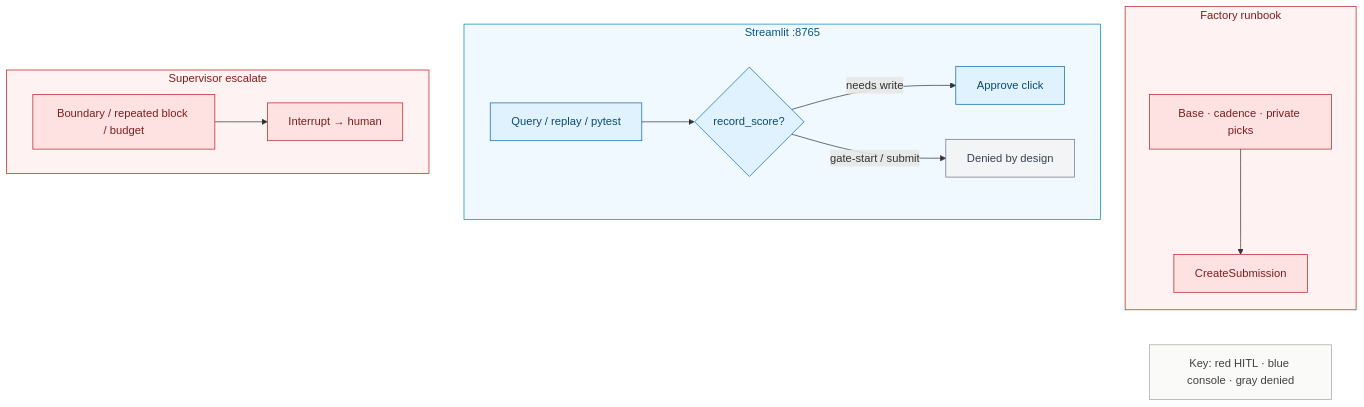
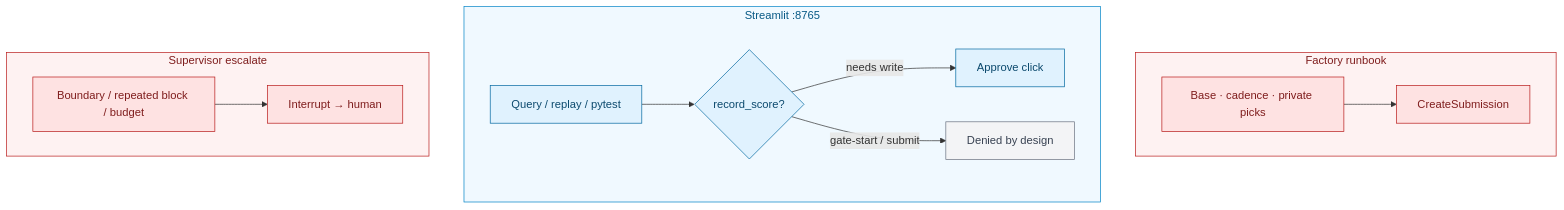
Before and after one commit to khaosans/noisegate-gemma4-factory: the second of 2 diagrams in docs/wiki/Requirements-Compliance.md, drawn with Mermaid. The commit also changed other lines of this file and 4 other files, not shown here.

First line of the commit message:
docs: drop Mermaid Key/Legend nodes entirely

````diff
--- a/docs/wiki/Requirements-Compliance.md
+++ b/docs/wiki/Requirements-Compliance.md
@@ -80,30 +76,26 @@
 ```mermaid
 flowchart TB
   subgraph FactoryHITL["Factory runbook"]
     F1[Base · cadence · private picks] --> F4[CreateSubmission]
   end
 
   subgraph ConsoleHITL["Streamlit :8765"]
     C1[Query / replay / pytest] --> C2{record_score?}
     C2 -->|needs write| C3[Approve click]
     C2 -->|gate-start / submit| C4[Denied by design]
   end
 
   subgraph SuperHITL["Supervisor escalate"]
     E1[Boundary / repeated block / budget] --> E2[Interrupt → human]
   end
 
-  Key["Key: red HITL · blue console · gray denied"]
-  F4 ~~~ Key
-
   classDef hitl fill:#FEE2E2,stroke:#B91C1C,color:#7F1D1D
   classDef ops fill:#E0F2FE,stroke:#0369A1,color:#0C4A6E
   classDef deny fill:#F3F4F6,stroke:#6B7280,color:#374151
   class F1,F4,E1,E2 hitl
   class C1,C2,C3 ops
   class C4 deny
   style FactoryHITL fill:#FEF2F2,stroke:#B91C1C,color:#7F1D1D
   style ConsoleHITL fill:#F0F9FF,stroke:#0284C7,color:#075985
   style SuperHITL fill:#FEF2F2,stroke:#B91C1C,color:#7F1D1D
-  style Key fill:#FAFAF9,stroke:#A8A29E,color:#44403C
 ```
````
